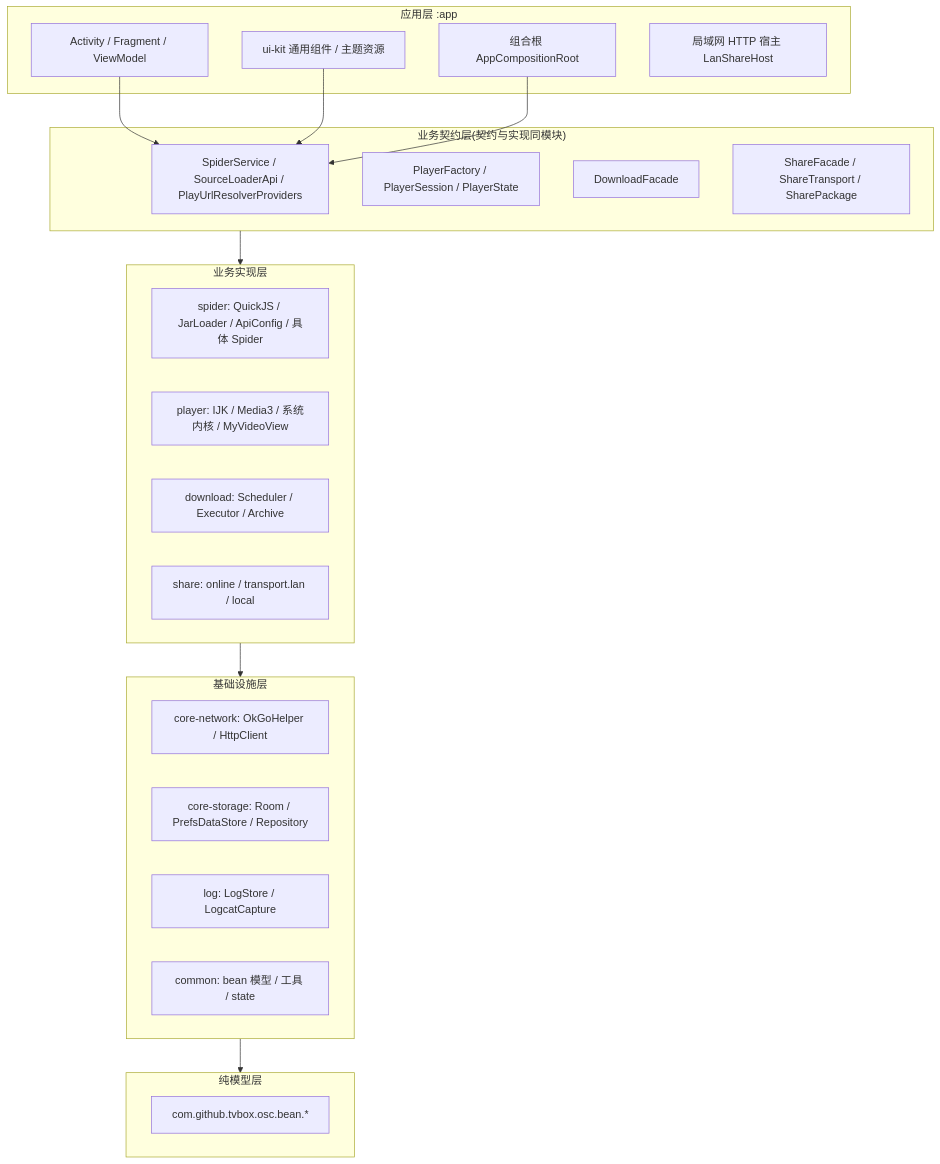
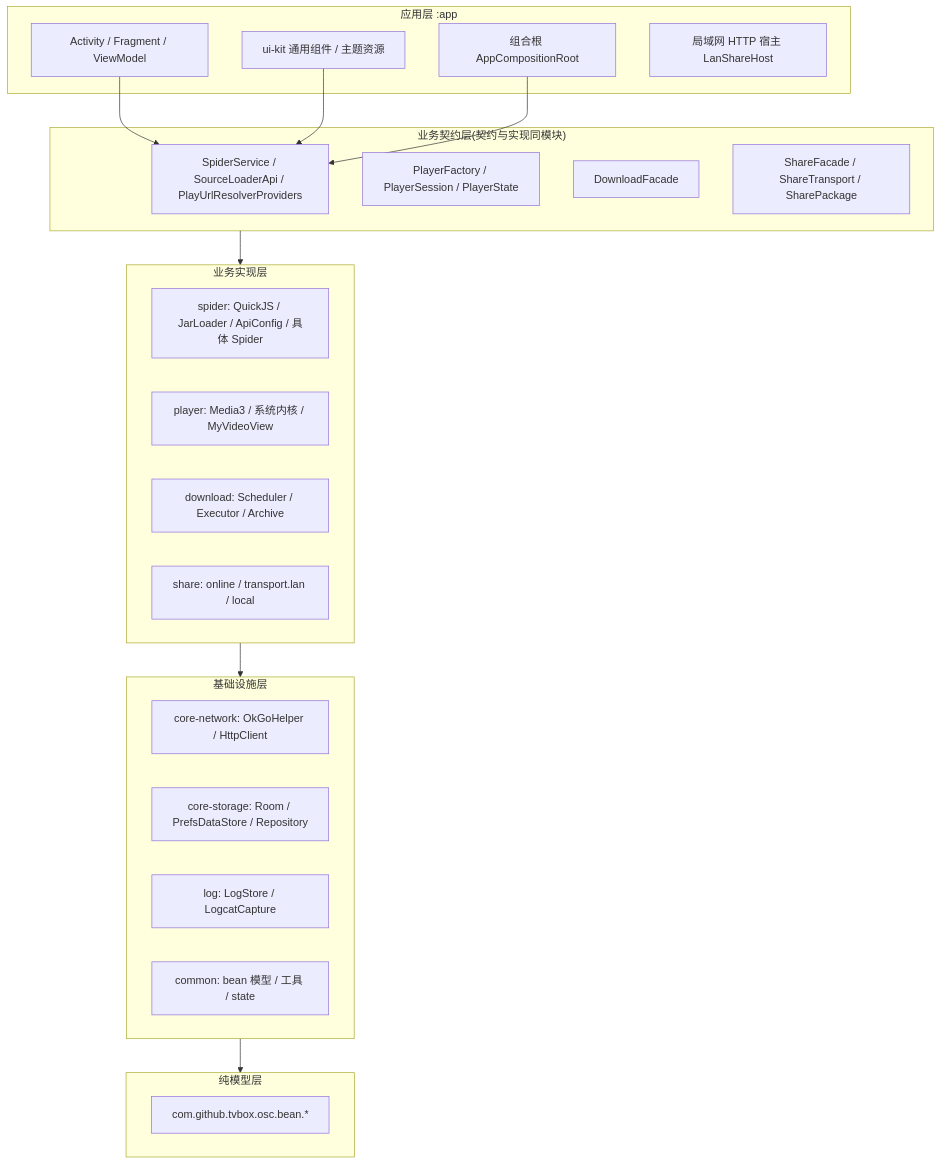
The first of 6 diagrams in doc/ARCHITECTURE.md (CNShanJu/MBox), drawn with Mermaid before and after one commit. The commit also changed other lines of this file and 83 other files, not shown here.

````diff
--- a/doc/ARCHITECTURE.md
+++ b/doc/ARCHITECTURE.md
@@ -9,41 +9,41 @@
 ```mermaid
 flowchart TD
     subgraph L1["应用层 :app"]
         A1["Activity / Fragment / ViewModel"]
         A2["ui-kit 通用组件 / 主题资源"]
         A3["组合根 AppCompositionRoot"]
         A4["局域网 HTTP 宿主 LanShareHost"]
     end
 
     subgraph L2["业务契约层(契约与实现同模块)"]
         B1["SpiderService / SourceLoaderApi / PlayUrlResolverProviders"]
         B2["PlayerFactory / PlayerSession / PlayerState"]
         B3["DownloadFacade"]
         B4["ShareFacade / ShareTransport / SharePackage"]
     end
 
     subgraph L3["业务实现层"]
         C1["spider: QuickJS / JarLoader / ApiConfig / 具体 Spider"]
-        C2["player: IJK / Media3 / 系统内核 / MyVideoView"]
+        C2["player: Media3 / 系统内核 / MyVideoView"]
         C3["download: Scheduler / Executor / Archive"]
         C4["share: online / transport.lan / local"]
     end
 
     subgraph L4["基础设施层"]
         D1["core-network: OkGoHelper / HttpClient"]
         D2["core-storage: Room / PrefsDataStore / Repository"]
         D3["log: LogStore / LogcatCapture"]
         D4["common: bean 模型 / 工具 / state"]
     end
 
     subgraph L5["纯模型层"]
         E1["com.github.tvbox.osc.bean.*"]
     end
 
     A1 --> B1
     A2 --> B1
     A3 --> B1
     L2 --> L3
     L3 --> L4
     L4 --> L5
 ```
````
